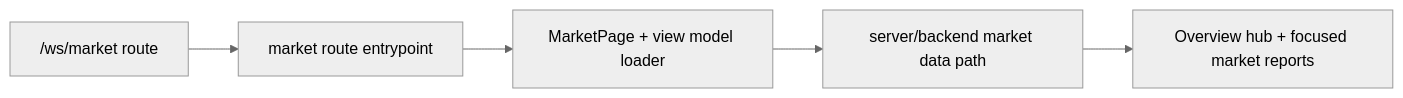
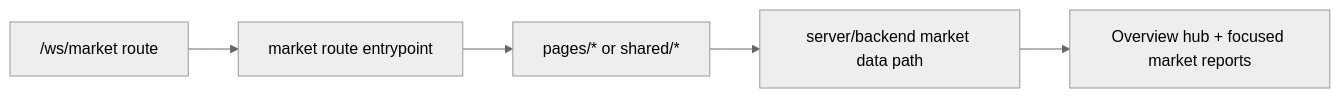
Before and after one commit to Up-to-code/anan-ai: the diagram in apps/web/app/(ws)/ws/(zones)/market/README.md, drawn with Mermaid (neutral theme). The commit also changed other lines of this file and 223 other files, not shown here.

Commit message:
Normalize workspace zone architecture

````diff
--- a/apps/web/app/(ws)/ws/(zones)/market/README.md
+++ b/apps/web/app/(ws)/ws/(zones)/market/README.md
@@ -17,7 +19,7 @@
 ```mermaid
 flowchart LR
   A["/ws/market route"] --> B["market route entrypoint"]
-  B --> C["MarketPage + view model loader"]
+  B --> C["pages/* or shared/*"]
   C --> D["server/backend market data path"]
   D --> E["Overview hub + focused market reports"]
 ```
````
